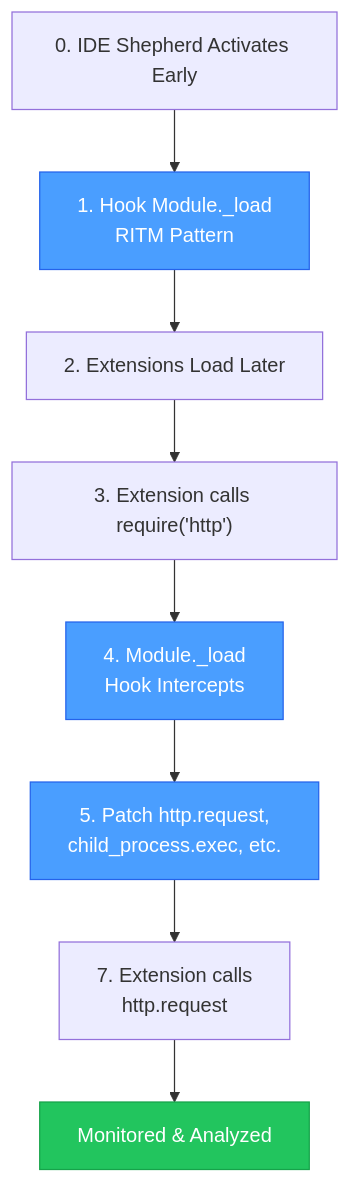
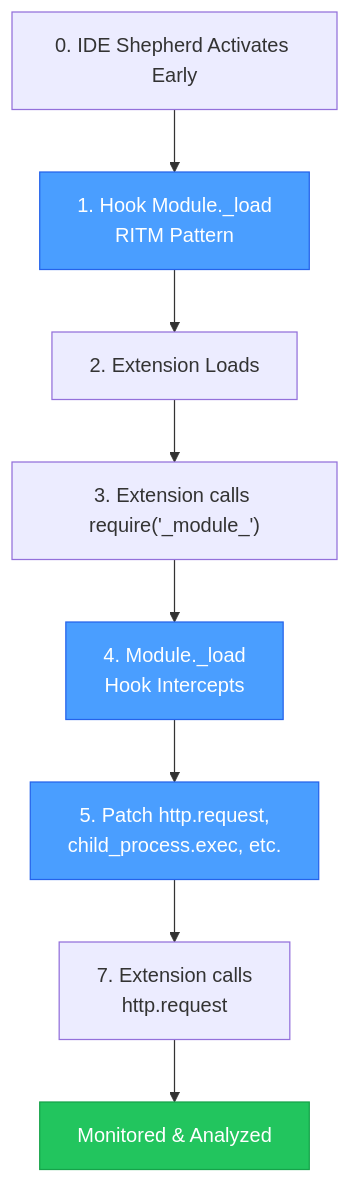
One commit to DataDog/IDE-SHEPHERD-extension changed the diagram in README.md. Above: the diagram before and after it, drawn with Mermaid.

Commit message:
Address review comments

````diff
--- a/README.md
+++ b/README.md
@@ -128,15 +128,15 @@
 ```mermaid
 flowchart TD
     A[0. IDE Shepherd Activates Early] --> B[1. Hook Module._load<br/>RITM Pattern]
-    B --> C[2. Extensions Load Later]
-    C --> D[3. Extension calls require#40;'http'#41;]
+    B --> C[2. Extension Loads]
+    C --> D[3. Extension calls require#40;'_module_'#41;]
     D --> E[4. Module._load<br/>Hook Intercepts]
     E --> F[5. Patch http.request,<br/>child_process.exec, etc.]
     F --> G[7. Extension calls<br/>http.request]
     G --> H[ Monitored & Analyzed]
 
     style B fill:#4a9eff,stroke:#2563eb,color:#fff
     style E fill:#4a9eff,stroke:#2563eb,color:#fff
     style F fill:#4a9eff,stroke:#2563eb,color:#fff
     style H fill:#22c55e,stroke:#16a34a,color:#fff
 ```
````
